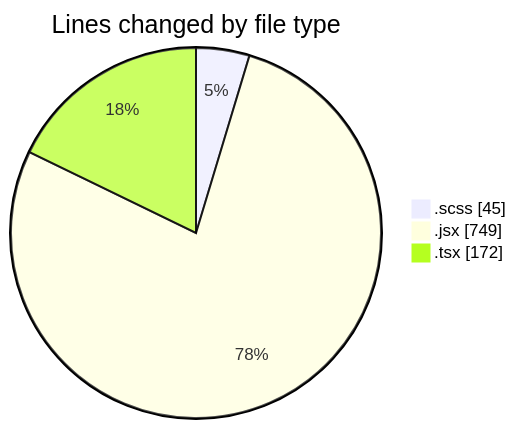
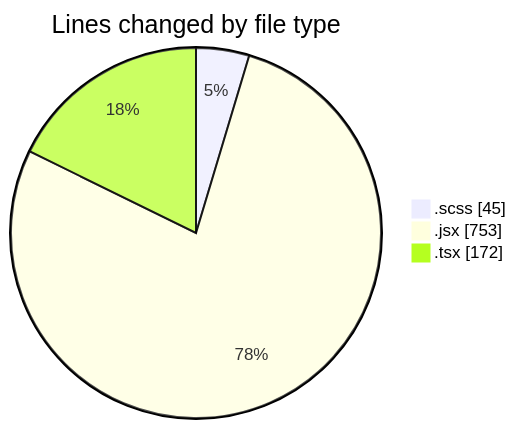
One commit to momahboobian/code-tracking changed the first of 2 diagrams in 2025-06-03/cda/README.md. Above: the diagram before and after it, drawn with Mermaid. The commit also changed other lines of this file and 1 other file, not shown here.

````diff
--- a/2025-06-03/cda/README.md
+++ b/2025-06-03/cda/README.md
@@ -23,7 +23,7 @@
 ```mermaid
 pie showData
 title Lines changed by file type
 ".scss" : 45
-".jsx" : 749
+".jsx" : 753
 ".tsx" : 172
 ```
````
